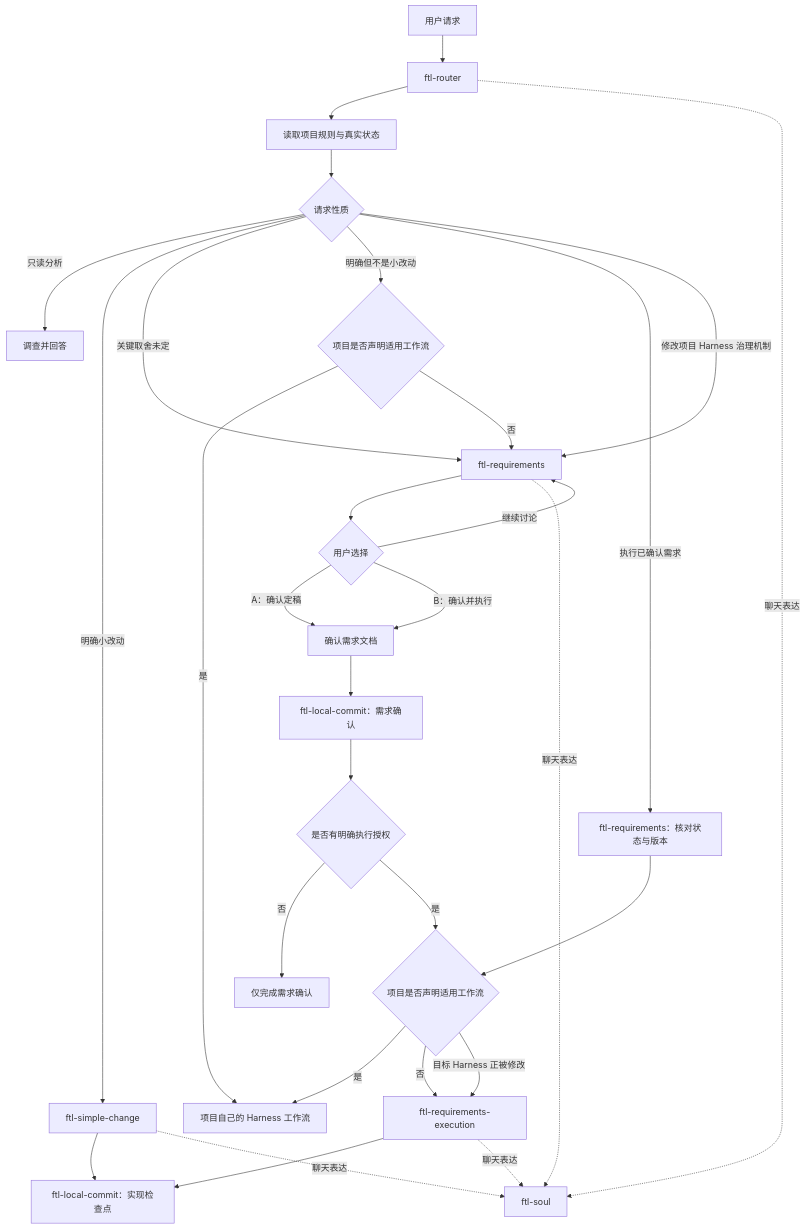
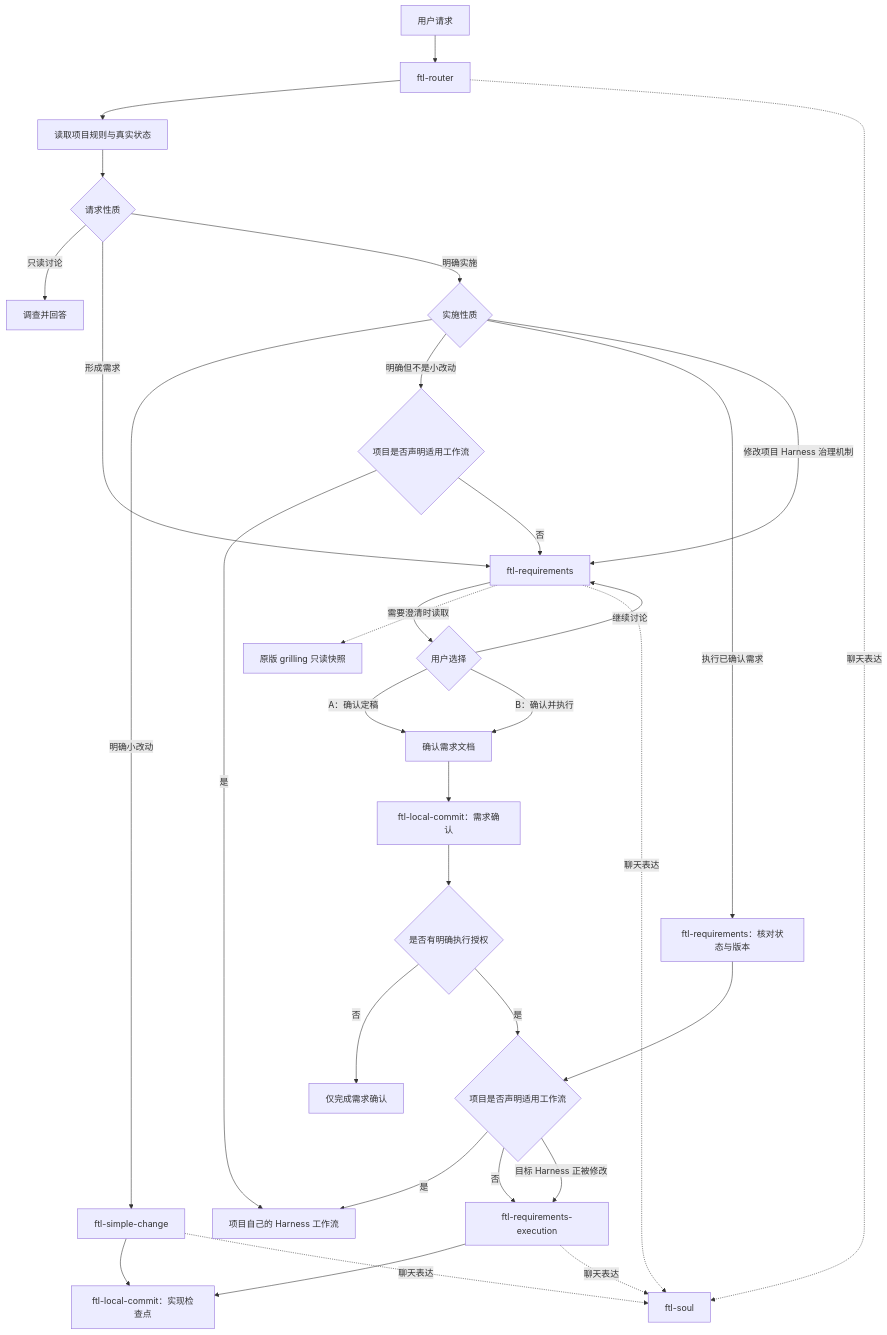
The diagram in README.md (ContinuumFTL/FTLSoulSkill), drawn with Mermaid before and after one commit. The commit also changed other lines of this file and 5 other files, not shown here.

Commit message:
feat: integrate grilling into requirements workflow

````diff
--- a/README.md
+++ b/README.md
@@ -18,38 +18,41 @@
 ```mermaid
 flowchart TD
     U[用户请求] --> R[ftl-router]
     R --> P[读取项目规则与真实状态]
     P --> K{请求性质}
 
-    K -->|只读分析| A[调查并回答]
-    K -->|明确小改动| S[ftl-simple-change]
-    K -->|关键取舍未定| Q[ftl-requirements]
-    K -->|明确但不是小改动| NW{项目是否声明适用工作流}
-    K -->|执行已确认需求| V[ftl-requirements：核对状态与版本]
-    K -->|修改项目 Harness 治理机制| Q
+    K -->|只读讨论| A[调查并回答]
+    K -->|形成需求| Q[ftl-requirements]
+    K -->|明确实施| I{实施性质}
+
+    I -->|明确小改动| S[ftl-simple-change]
+    I -->|明确但不是小改动| NW{项目是否声明适用工作流}
+    I -->|执行已确认需求| V[ftl-requirements：核对状态与版本]
+    I -->|修改项目 Harness 治理机制| Q
 
     NW -->|是| H
     NW -->|否| Q
     V --> W{项目是否声明适用工作流}
 
     Q --> C{用户选择}
+    Q -.需要澄清时读取.-> G[原版 grilling 只读快照]
     C -->|继续讨论| Q
     C -->|A：确认定稿| D[确认需求文档]
     C -->|B：确认并执行| D
     D --> LC[ftl-local-commit：需求确认]
     LC --> X{是否有明确执行授权}
     X -->|否| Z[仅完成需求确认]
     X -->|是| W
 
     W -->|是| H[项目自己的 Harness 工作流]
     W -->|否| E[ftl-requirements-execution]
     W -->|目标 Harness 正被修改| E
 
     S --> L[ftl-local-commit：实现检查点]
     E --> L
 
     R -.聊天表达.-> N[ftl-soul]
     S -.聊天表达.-> N
     Q -.聊天表达.-> N
     E -.聊天表达.-> N
 ```
````
